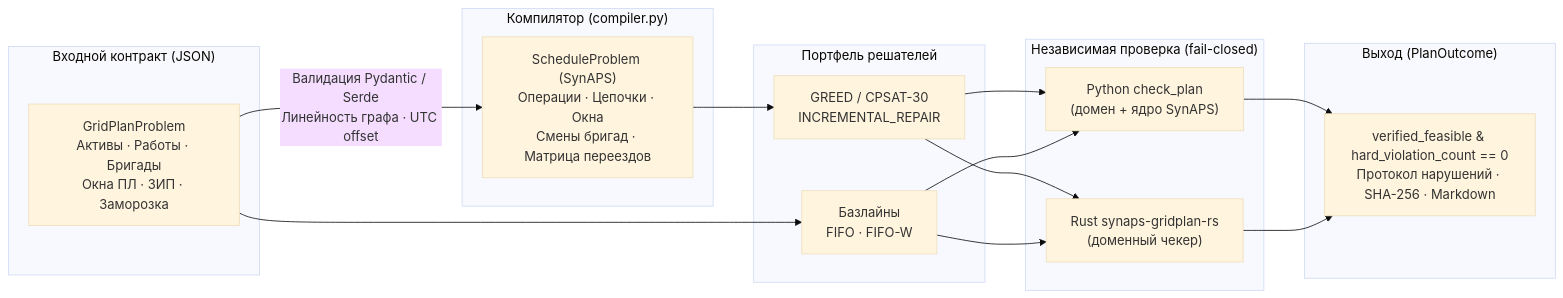
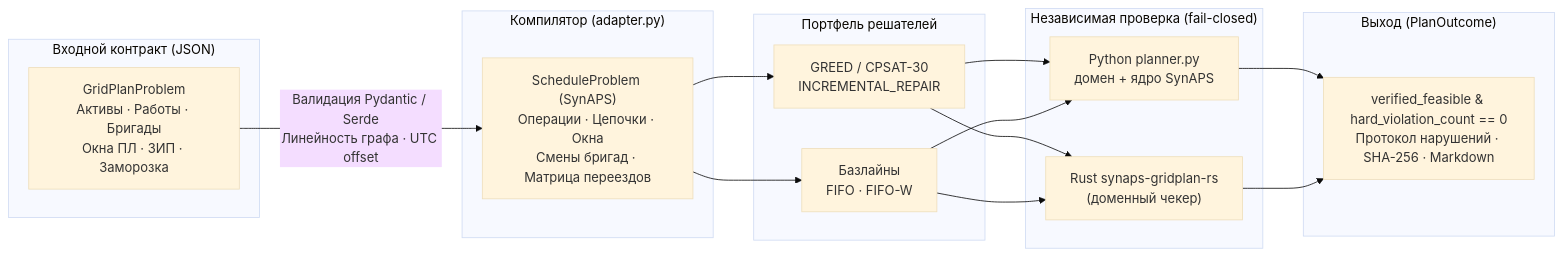
One commit to KonkovDV/SynAPS-GridPlan changed the diagram in README.md. Above: the diagram before and after it, drawn with Mermaid (base theme). The commit also changed other lines of this file and 6 other files, not shown here.

````diff
--- a/README.md
+++ b/README.md
@@ -69,34 +69,34 @@
 ```mermaid
 flowchart LR
     subgraph Input["Входной контракт (JSON)"]
         A["GridPlanProblem<br/>Активы · Работы · Бригады<br/>Окна ПЛ · ЗИП · Заморозка"]
     end
 
-    subgraph Compile["Компилятор (compiler.py)"]
+    subgraph Compile["Компилятор (adapter.py)"]
         B["ScheduleProblem (SynAPS)<br/>Операции · Цепочки · Окна<br/>Смены бригад · Матрица переездов"]
     end
 
     subgraph Solve["Портфель решателей"]
         C1["GREED / CPSAT-30<br/>INCREMENTAL_REPAIR"]
         C2["Базлайны<br/>FIFO · FIFO-W"]
     end
 
     subgraph Verify["Независимая проверка (fail-closed)"]
-        D1["Python check_plan<br/>(домен + ядро SynAPS)"]
+        D1["Python planner.py<br/>домен + ядро SynAPS"]
         D2["Rust synaps-gridplan-rs<br/>(доменный чекер)"]
     end
 
     subgraph Output["Выход (PlanOutcome)"]
         E["verified_feasible & hard_violation_count == 0<br/>Протокол нарушений · SHA-256 · Markdown"]
     end
 
     A -->|"Валидация Pydantic / Serde<br/>Линейность графа · UTC offset"| B
     B --> C1
-    A --> C2
+    B --> C2
     C1 --> D1
     C2 --> D1
     C1 --> D2
     C2 --> D2
     D1 --> E
     D2 --> E
 ```
````
